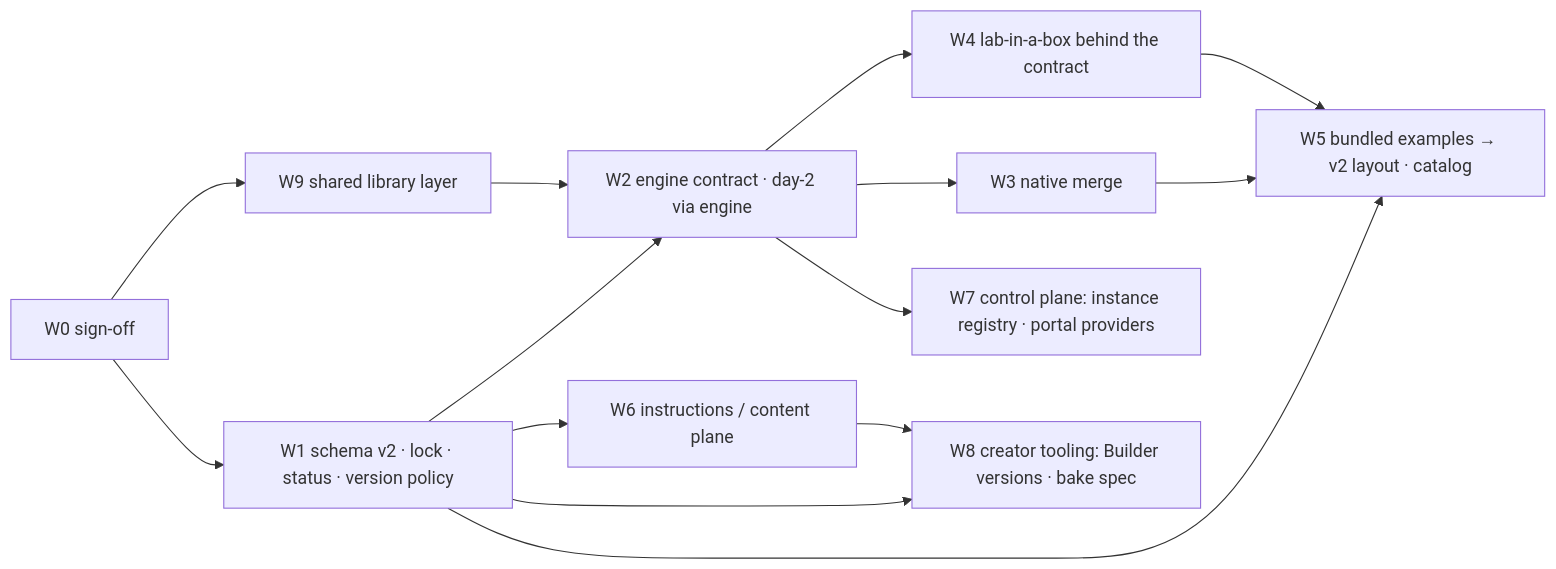
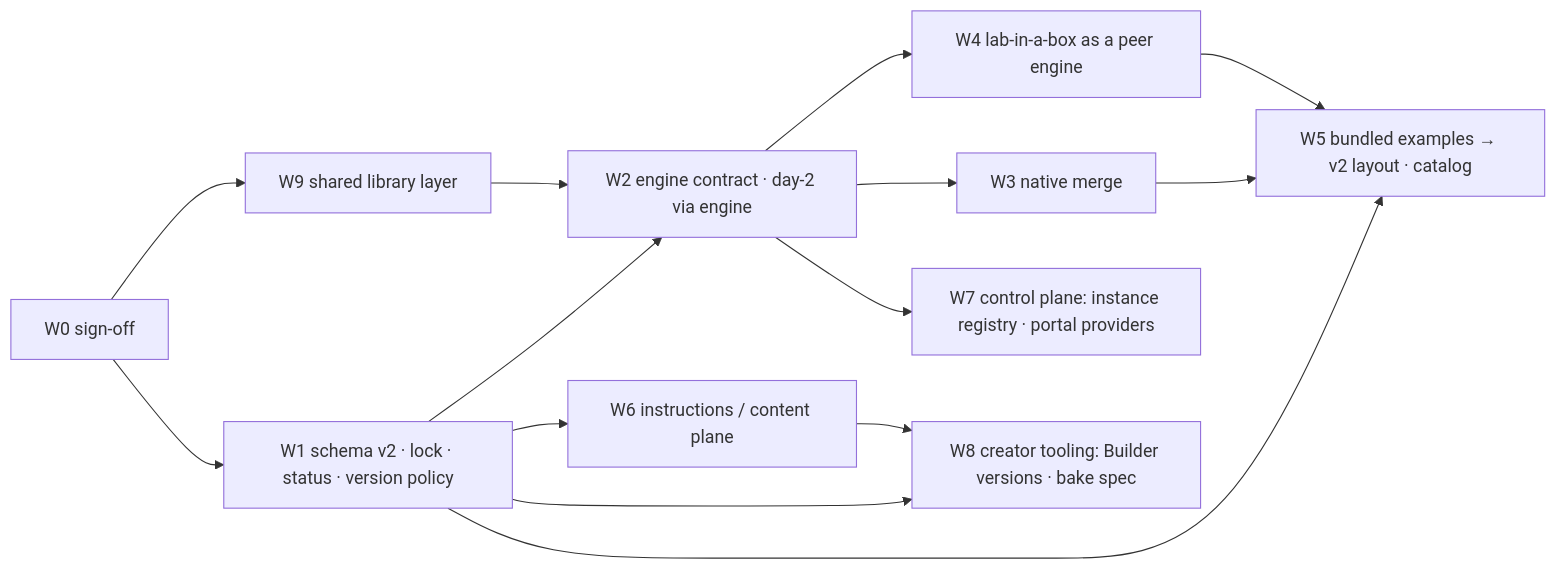
One commit to avaleror/rodeo-cli changed the diagram in docs/design/architecture-v2-work.md. Above: the diagram before and after it, drawn with Mermaid. The commit also changed other lines of this file and 2 other files, not shown here.

Commit message:
docs(design): engines are peers; a definition is written for one engine

````diff
--- a/docs/design/architecture-v2-work.md
+++ b/docs/design/architecture-v2-work.md
@@ -28,16 +31,16 @@
 ```mermaid
 flowchart LR
   W0[W0 sign-off] --> W1[W1 schema v2 · lock · status · version policy]
   W1 --> W2[W2 engine contract · day-2 via engine]
   W2 --> W3[W3 native merge]
-  W2 --> W4[W4 lab-in-a-box behind the contract]
+  W2 --> W4[W4 lab-in-a-box as a peer engine]
   W1 --> W5[W5 bundled examples → v2 layout · catalog]
   W3 --> W5
   W4 --> W5
   W1 --> W6[W6 instructions / content plane]
   W2 --> W7["W7 control plane: instance registry · portal providers"]
   W1 --> W8["W8 creator tooling: Builder versions · bake spec"]
   W0 --> W9["W9 shared library layer"]
   W9 --> W2
   W6 --> W8
 ```
````
